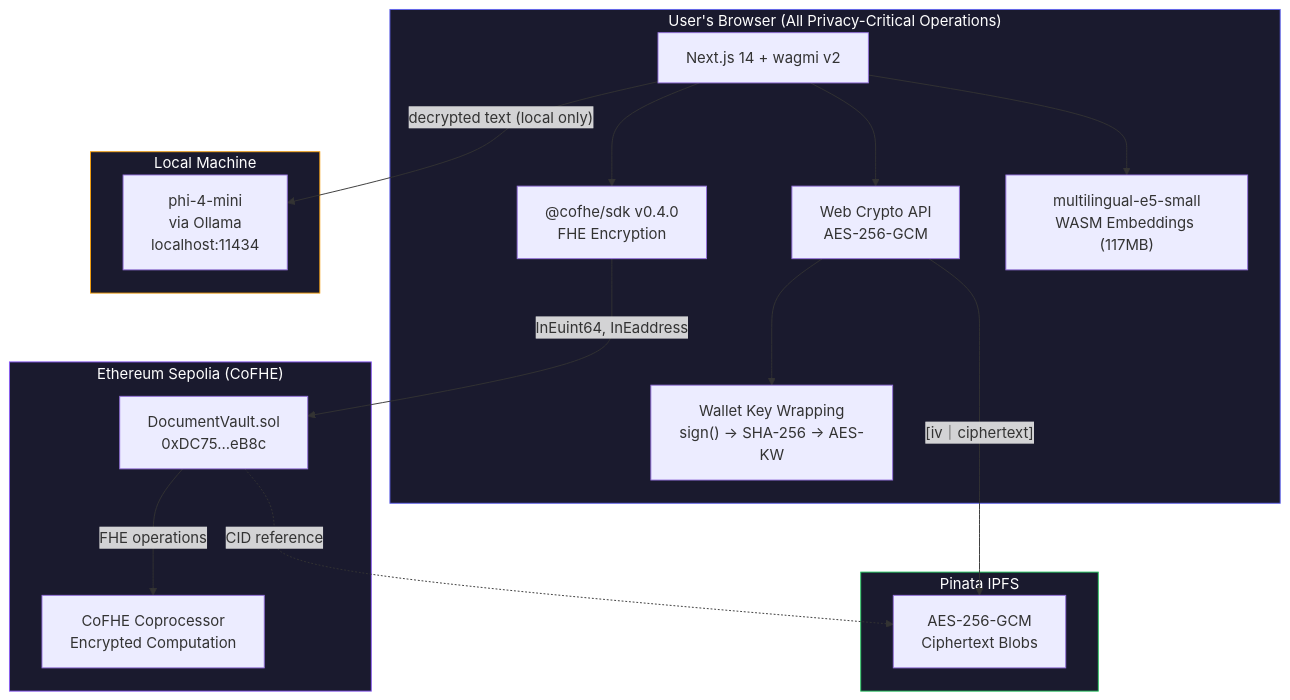
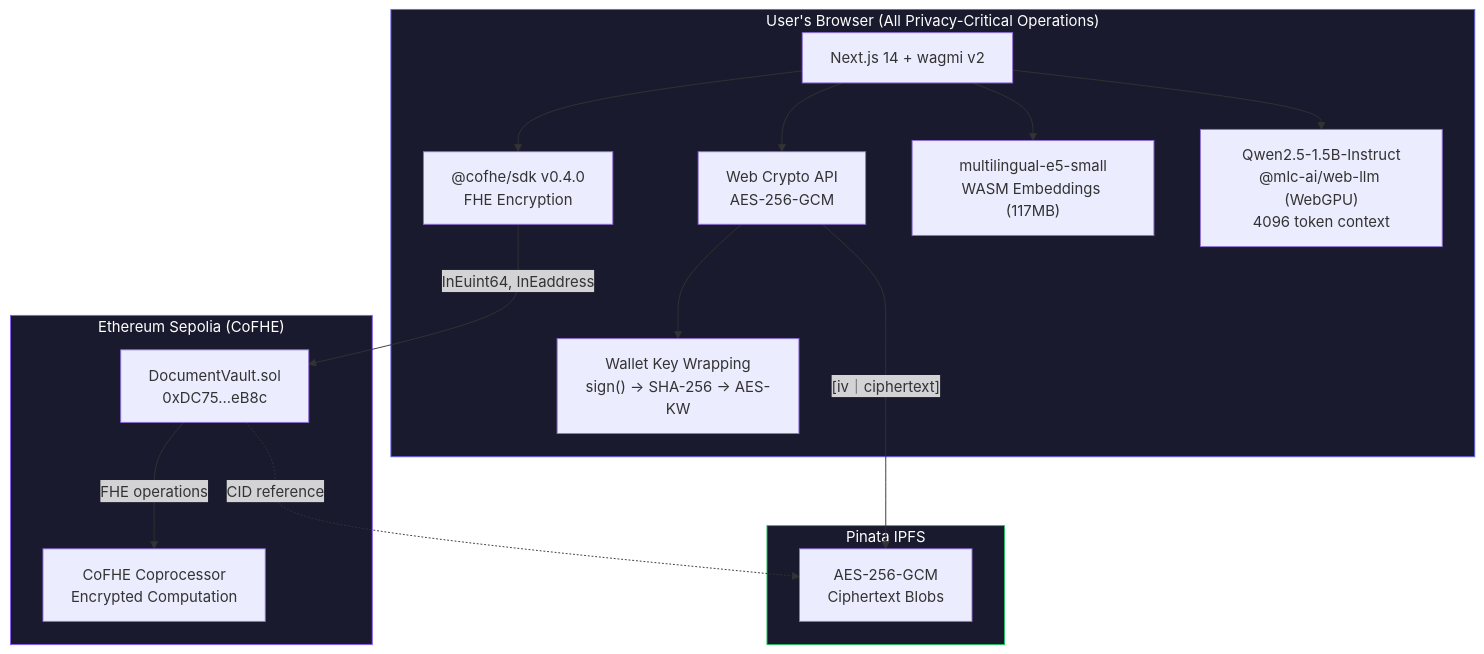
One commit to harystyleseze/custos changed the first of 16 diagrams in ARCHITECTURE.md. Above: the diagram before and after it, drawn with Mermaid. The commit also changed other lines of this file and 3 other files, not shown here.

````diff
--- a/ARCHITECTURE.md
+++ b/ARCHITECTURE.md
@@ -9,38 +9,34 @@
 ```mermaid
 graph TB
     subgraph Browser["User's Browser (All Privacy-Critical Operations)"]
         UI["Next.js 14 + wagmi v2"]
         FHE_SDK["@cofhe/sdk v0.4.0<br/>FHE Encryption"]
         AES["Web Crypto API<br/>AES-256-GCM"]
         E5["multilingual-e5-small<br/>WASM Embeddings (117MB)"]
         CRYPTO["Wallet Key Wrapping<br/>sign() → SHA-256 → AES-KW"]
+        WEBLLM["Qwen2.5-1.5B-Instruct<br/>@mlc-ai/web-llm (WebGPU)<br/>4096 token context"]
     end
 
     subgraph Ethereum["Ethereum Sepolia (CoFHE)"]
         VAULT["DocumentVault.sol<br/>0xDC75...eB8c"]
         COFHE["CoFHE Coprocessor<br/>Encrypted Computation"]
     end
 
     subgraph IPFS["Pinata IPFS"]
         BLOB["AES-256-GCM<br/>Ciphertext Blobs"]
     end
 
-    subgraph Local["Local Machine"]
-        OLLAMA["phi-4-mini<br/>via Ollama<br/>localhost:11434"]
-    end
-
     UI --> FHE_SDK
     UI --> AES
     UI --> E5
+    UI --> WEBLLM
     AES --> CRYPTO
     FHE_SDK -->|"InEuint64, InEaddress"| VAULT
     AES -->|"[iv｜ciphertext]"| BLOB
     VAULT -->|"FHE operations"| COFHE
-    UI -->|"decrypted text (local only)"| OLLAMA
     VAULT -.->|"CID reference"| BLOB
 
     style Browser fill:#1a1a2e,stroke:#6366f1,color:#fff
     style Ethereum fill:#1a1a2e,stroke:#8b5cf6,color:#fff
     style IPFS fill:#1a1a2e,stroke:#22c55e,color:#fff
-    style Local fill:#1a1a2e,stroke:#f59e0b,color:#fff
 ```
````
